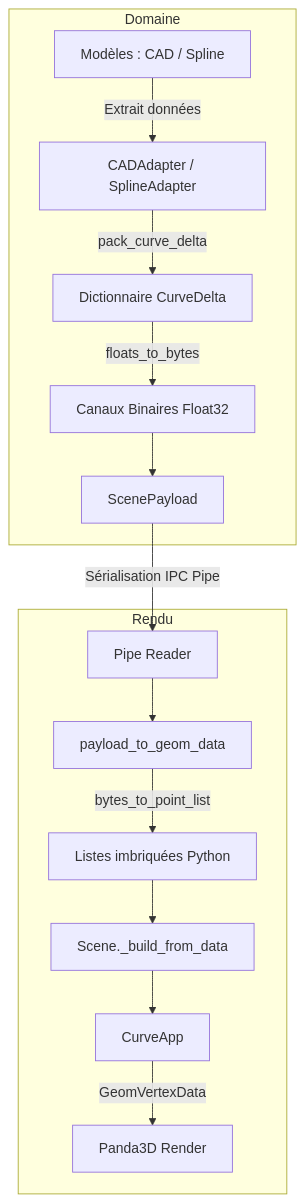
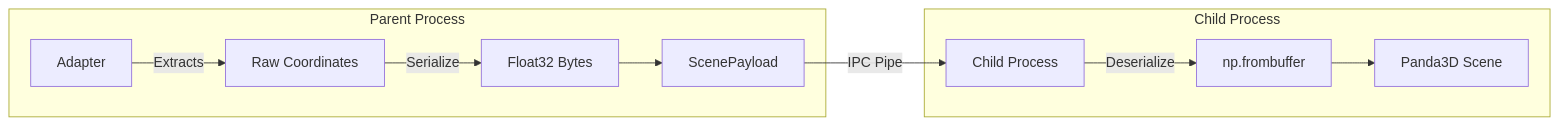
Before and after one commit to LIHPC-Computational-Geometry/bot: the fourth of 4 diagrams in docs/architecture.md, drawn with Mermaid. The commit also changed other lines of this file and 4 other files, not shown here.

````diff
--- a/docs/architecture.md
+++ b/docs/architecture.md
@@ -186,20 +114,13 @@
 ```mermaid
-flowchart
-    subgraph Processus Parent ["Domaine"]
-        Model[Modèles : CAD / Spline] --> |Extrait données| Adapt[CADAdapter / SplineAdapter]
-        Adapt --> |pack_curve_delta| Dct[Dictionnaire CurveDelta]
-        Dct --> |floats_to_bytes| Bytes[Canaux Binaires Float32]
+flowchart LR
+    subgraph ParentProc["Parent Process"]
+        Adapter[Adapter] --> |Extracts| Raw[Raw Coordinates]
+        Raw --> |Serialize| Bytes[Float32 Bytes]
         Bytes --> Payload[ScenePayload]
     end
-
-    Payload --> |Sérialisation IPC Pipe| ChildProc
-
-
-    subgraph Processus Enfant ["Rendu"]
-        ChildProc[Pipe Reader] --> Loader[payload_to_geom_data]
-        Loader --> |bytes_to_point_list| Pts[Listes imbriquées Python]
-        Pts --> Builder[Scene._build_from_data]
-        Builder --> App[CurveApp]
-        App --> |GeomVertexData| Panda[Panda3D Render]
+    Payload --> |IPC Pipe| ChildProc[Child Process]
+    subgraph ChildProcGroup["Child Process"]
+        ChildProc --> |Deserialize| Decoder[np.frombuffer]
+        Decoder --> Scene[Panda3D Scene]
     end
 ```
````
